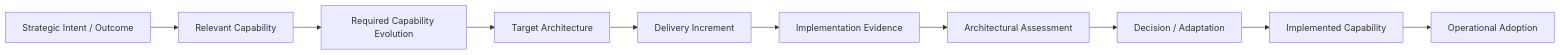
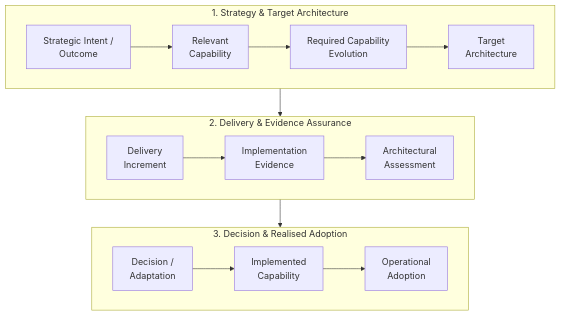
The tenth of 11 diagrams in docs/sop/04-delivery-enablement.md (avfranco-br/portfolio), drawn with Mermaid before and after one commit. The commit also changed other lines of this file and 10 other files, not shown here.

Commit message:
Refactor Mermaid diagrams across SOP and methods documentation for legibility

````diff
--- a/docs/sop/04-delivery-enablement.md
+++ b/docs/sop/04-delivery-enablement.md
@@ -1532,22 +1545,23 @@
 ```mermaid
-flowchart LR
-    A["Strategic Intent / Outcome"]
-    B["Relevant Capability"]
-    C["Required Capability Evolution"]
-    D["Target Architecture"]
-    E["Delivery Increment"]
-    F["Implementation Evidence"]
-    G["Architectural Assessment"]
-    H["Decision / Adaptation"]
-    I["Implemented Capability"]
-    J["Operational Adoption"]
-    A --> B
-    B --> C
-    C --> D
+flowchart TD
+    subgraph Strat_Target["1. Strategy & Target Architecture"]
+        direction LR
+        A["Strategic Intent /<br/>Outcome"] --> B["Relevant<br/>Capability"]
+        B --> C["Required Capability<br/>Evolution"] --> D["Target<br/>Architecture"]
+    end
+
+    subgraph Deliv_Assure["2. Delivery & Evidence Assurance"]
+        direction LR
+        E["Delivery<br/>Increment"] --> F["Implementation<br/>Evidence"]
+        F --> G["Architectural<br/>Assessment"]
+    end
+
+    subgraph Realise_Adopt["3. Decision & Realised Adoption"]
+        direction LR
+        H["Decision /<br/>Adaptation"] --> I["Implemented<br/>Capability"]
+        I --> J["Operational<br/>Adoption"]
+    end
+
     D --> E
-    E --> F
-    F --> G
     G --> H
-    H --> I
-    I --> J
 ```
````
